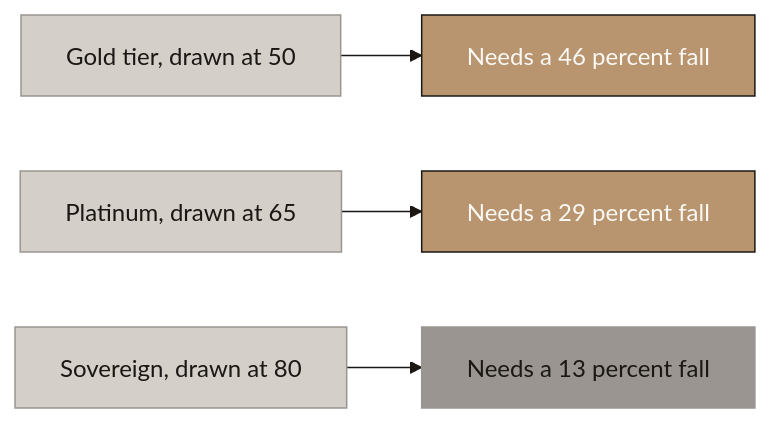
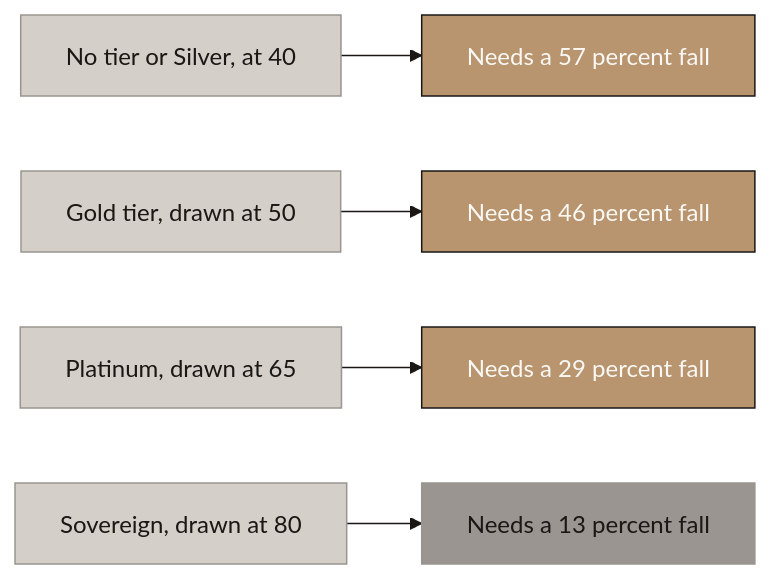
One commit to Abdsys/Aurumix changed diagram 35 of 45 in deliverables/2-mechanism-design/final/Aurumix_Process_Maps.md. Above: the diagram before and after it, drawn with Mermaid. The commit also changed other lines of this file and 6 other files, not shown here.

First line of the commit message:
Review pass on the MD document, sections 2 to 14: plain language, new diagrams, card and credit open to all

````diff
--- a/deliverables/2-mechanism-design/final/Aurumix_Process_Maps.md
+++ b/deliverables/2-mechanism-design/final/Aurumix_Process_Maps.md
@@ -1014,25 +1180,28 @@
 ```mermaid
 %%{init: {'theme': 'base', 'themeVariables': {
     'primaryColor': '#B8956E',
     'primaryTextColor': '#1A1714',
     'primaryBorderColor': '#1A1714',
     'lineColor': '#1A1714',
     'secondaryColor': '#FAF8F5',
     'tertiaryColor': '#D4CFC8',
     'fontFamily': 'Libre Franklin, sans-serif',
     'edgeLabelBackground': '#D4CFC8',
     'clusterBkg': '#FAF8F5',
     'clusterBorder': '#B8956E'
 }}}%%
 graph LR
+    G["No tier or Silver, at 40"] --> H["Needs a 57 percent fall"]
     A["Gold tier, drawn at 50"] --> B["Needs a 46 percent fall"]
     C["Platinum, drawn at 65"] --> D["Needs a 29 percent fall"]
     E["Sovereign, drawn at 80"] --> F["Needs a 13 percent fall"]
 
+    style G fill:#D4CFC8,stroke:#9A9590,color:#1A1714
+    style H fill:#B8956E,stroke:#1A1714,color:#FAF8F5
     style A fill:#D4CFC8,stroke:#9A9590,color:#1A1714
     style B fill:#B8956E,stroke:#1A1714,color:#FAF8F5
     style C fill:#D4CFC8,stroke:#9A9590,color:#1A1714
     style D fill:#B8956E,stroke:#1A1714,color:#FAF8F5
     style E fill:#D4CFC8,stroke:#9A9590,color:#1A1714
     style F fill:#9A9590,stroke:#9A9590,color:#1A1714
 ```
````
